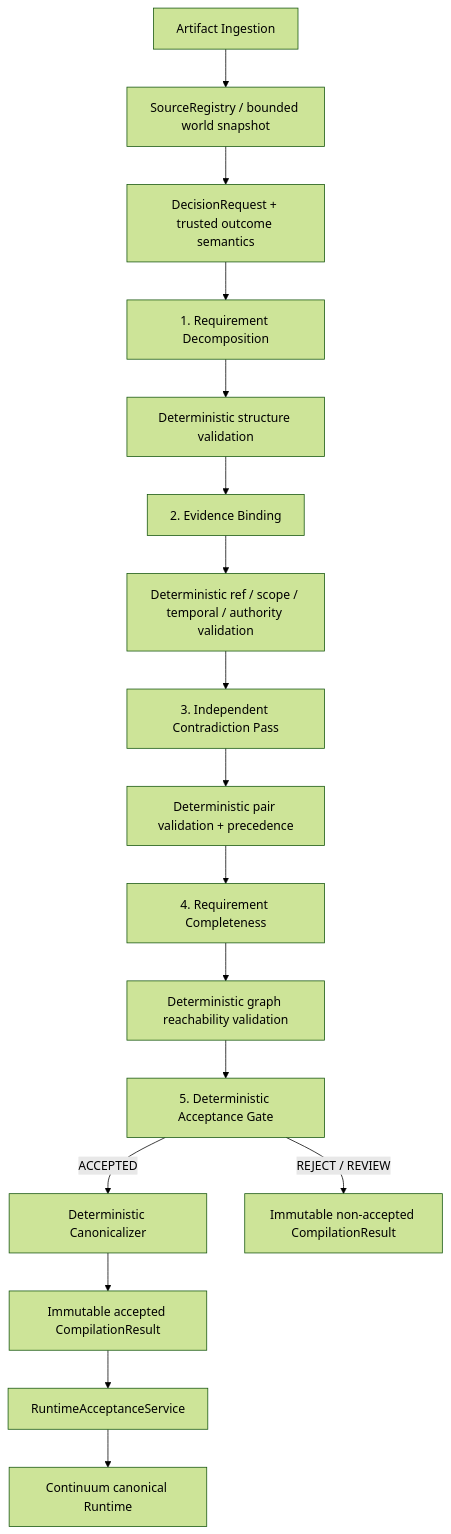
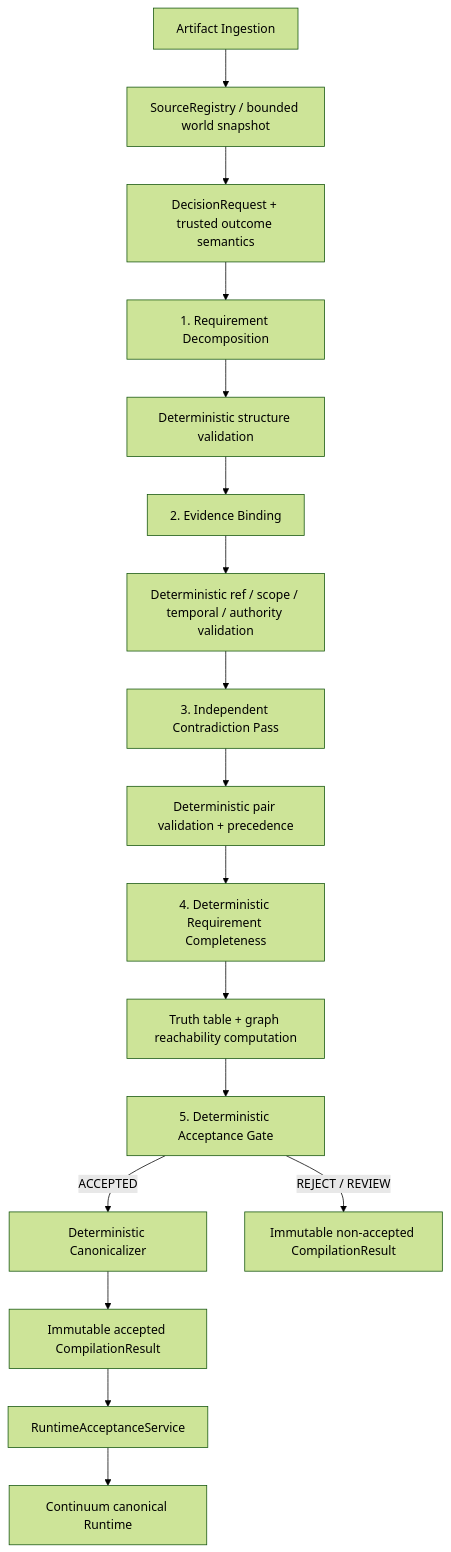
One commit to dabaitudiu/continuum changed the first of 2 diagrams in docs/continuum_module_01_semantic_dependency_compiler/02_ARCHITECTURE.md. Above: the diagram before and after it, drawn with Mermaid (forest theme). The commit also changed other lines of this file and 10 other files, not shown here.

````diff
--- a/docs/continuum_module_01_semantic_dependency_compiler/02_ARCHITECTURE.md
+++ b/docs/continuum_module_01_semantic_dependency_compiler/02_ARCHITECTURE.md
@@ -11,19 +11,19 @@
 ```mermaid
 flowchart TD
     A[Artifact Ingestion] --> B[SourceRegistry / bounded world snapshot]
     B --> C[DecisionRequest + trusted outcome semantics]
     C --> D[1. Requirement Decomposition]
     D --> D1[Deterministic structure validation]
     D1 --> E[2. Evidence Binding]
     E --> E1[Deterministic ref / scope / temporal / authority validation]
     E1 --> F[3. Independent Contradiction Pass]
     F --> F1[Deterministic pair validation + precedence]
-    F1 --> G[4. Requirement Completeness]
-    G --> G1[Deterministic graph reachability validation]
+    F1 --> G[4. Deterministic Requirement Completeness]
+    G --> G1[Truth table + graph reachability computation]
     G1 --> H[5. Deterministic Acceptance Gate]
     H -->|ACCEPTED| I[Deterministic Canonicalizer]
     H -->|REJECT / REVIEW| J[Immutable non-accepted CompilationResult]
     I --> K[Immutable accepted CompilationResult]
     K --> L[RuntimeAcceptanceService]
     L --> M[Continuum canonical Runtime]
 ```
````
